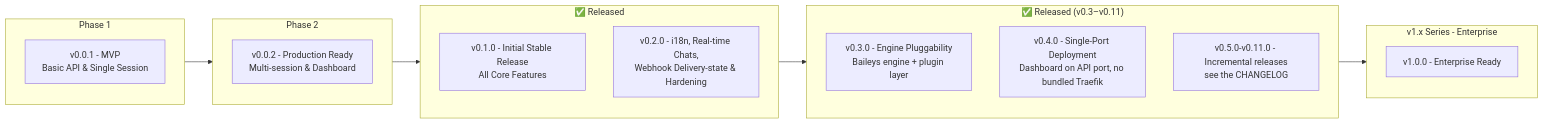
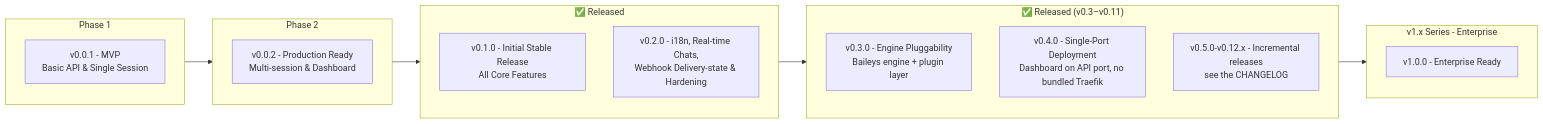
The sixth of 7 diagrams in docs/15-project-roadmap.md (nourayman21k/OpenWA), drawn with Mermaid before and after one commit. The commit also changed other lines of this file and 4 other files, not shown here.

````diff
--- a/docs/15-project-roadmap.md
+++ b/docs/15-project-roadmap.md
@@ -512,27 +513,27 @@
 ```mermaid
 flowchart LR
     subgraph Phase1["Phase 1"]
         V001[v0.0.1 - MVP<br/>Basic API & Single Session]
     end
 
     subgraph Phase2["Phase 2"]
         V002[v0.0.2 - Production Ready<br/>Multi-session & Dashboard]
     end
 
     subgraph Stable["✅ Released"]
         V010[v0.1.0 - Initial Stable Release<br/>All Core Features]
         V020[v0.2.0 - i18n, Real-time Chats,<br/>Webhook Delivery-state & Hardening]
     end
 
     subgraph v0.x["✅ Released (v0.3–v0.11)"]
         V030[v0.3.0 - Engine Pluggability<br/>Baileys engine + plugin layer]
         V040[v0.4.0 - Single-Port Deployment<br/>Dashboard on API port, no bundled Traefik]
-        V011[v0.5.0-v0.11.0 - Incremental releases<br/>see the CHANGELOG]
+        V011[v0.5.0-v0.12.x - Incremental releases<br/>see the CHANGELOG]
     end
 
     subgraph v1.x["v1.x Series - Enterprise"]
         V10[v1.0.0 - Enterprise Ready]
     end
 
     Phase1 --> Phase2 --> Stable --> v0.x --> v1.x
 ```
````
